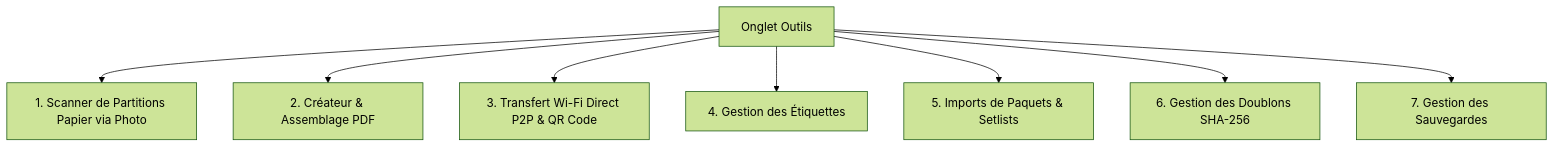
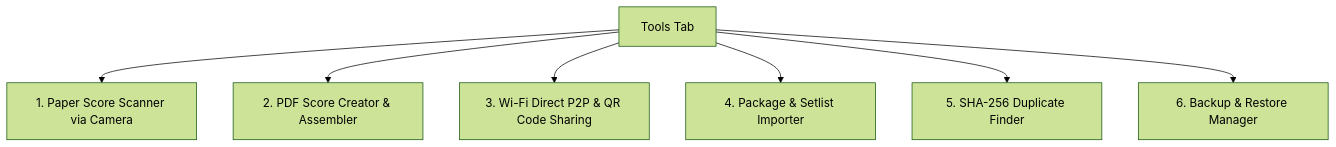
One commit to Audiothor/MusicScoreManager changed the fourth of 5 diagrams in README.md. Above: the diagram before and after it, drawn with Mermaid (forest theme). The commit also changed other lines of this file and 1 other file, not shown here.

````diff
--- a/README.md
+++ b/README.md
@@ -377,10 +388,9 @@
 ```mermaid
 graph TD
-    T[Onglet Outils] --> T0[1. Scanner de Partitions Papier via Photo]
-    T --> T1[2. Créateur & Assemblage PDF]
-    T --> T2[3. Transfert Wi-Fi Direct P2P & QR Code]
-    T --> T3[4. Gestion des Étiquettes]
-    T --> T4[5. Imports de Paquets & Setlists]
-    T --> T5[6. Gestion des Doublons SHA-256]
-    T --> T6[7. Gestion des Sauvegardes]
+    T[Tools Tab] --> T1[1. Paper Score Scanner via Camera]
+    T --> T2[2. PDF Score Creator & Assembler]
+    T --> T3[3. Wi-Fi Direct P2P & QR Code Sharing]
+    T --> T4[4. Package & Setlist Importer]
+    T --> T5[5. SHA-256 Duplicate Finder]
+    T --> T6[6. Backup & Restore Manager]
 ```
````
